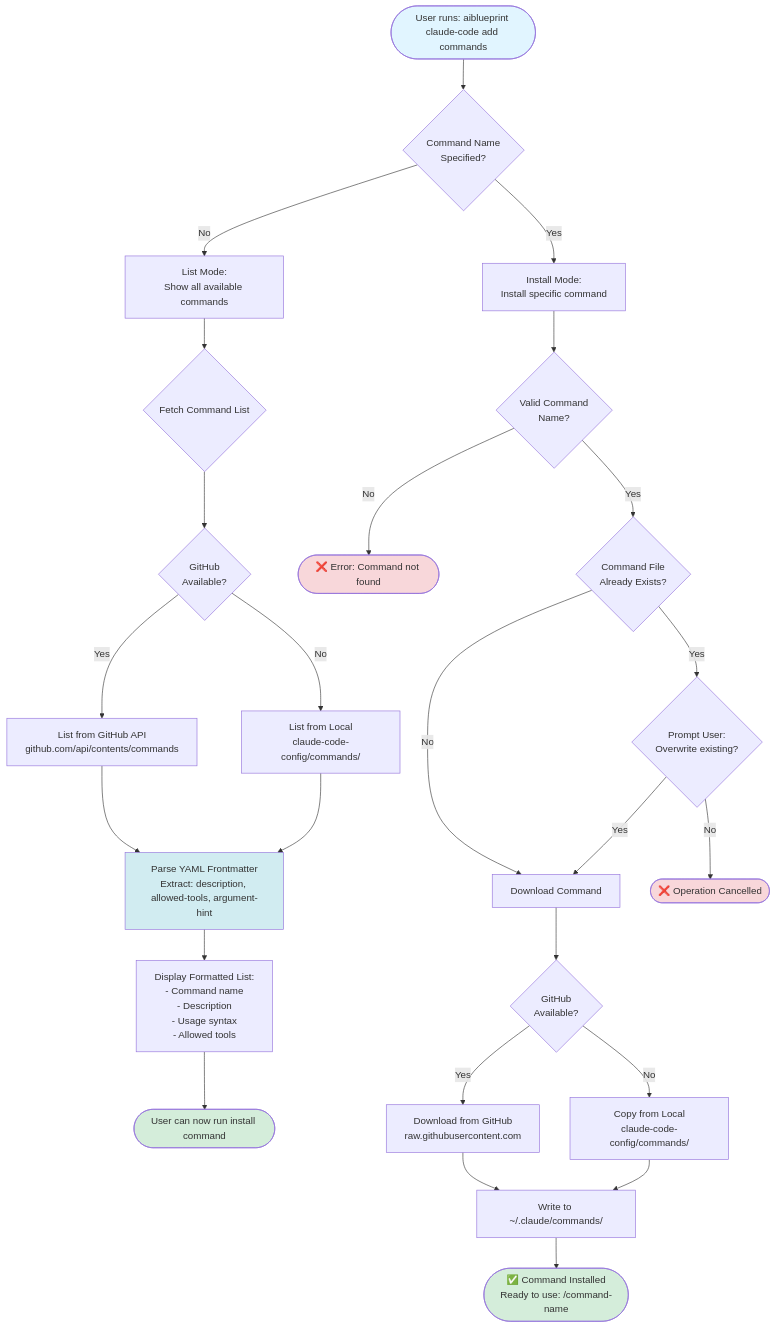
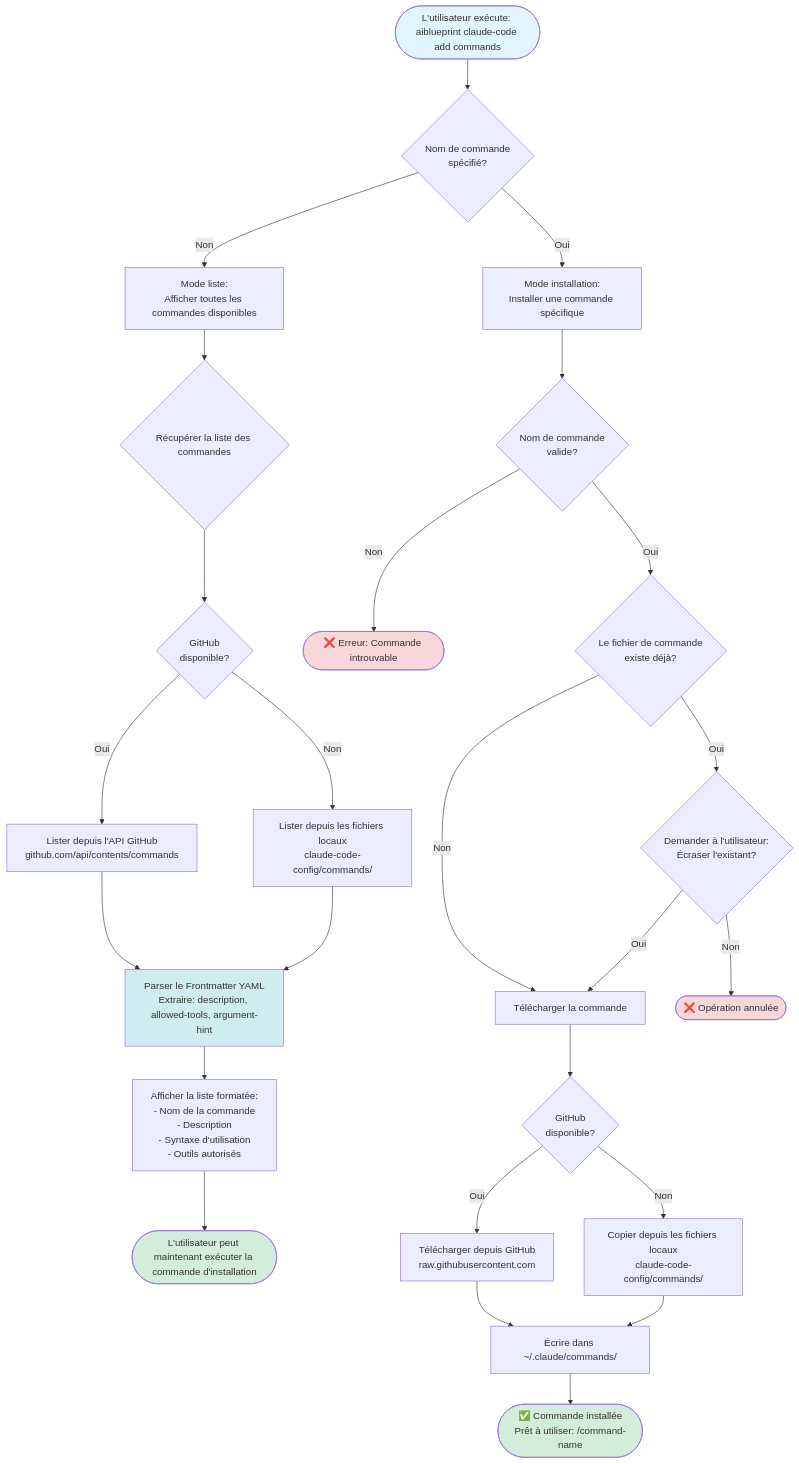
One commit to TCHINDAJOEL/aiblueprint_test changed the diagram in schema/03-add-command-workflow.md. Above: the diagram before and after it, drawn with Mermaid. The commit also changed other lines of this file and 10 other files, not shown here.

First line of the commit message:
docs: traduire tous les diagrammes de workflow en français

````diff
--- a/schema/03-add-command-workflow.md
+++ b/schema/03-add-command-workflow.md
@@ -5,49 +5,49 @@
 ```mermaid
 flowchart TD
-    Start([User runs: aiblueprint claude-code add commands]) --> HasArg{Command Name<br/>Specified?}
+    Start([L'utilisateur exécute: aiblueprint claude-code add commands]) --> HasArg{Nom de commande<br/>spécifié?}
 
-    HasArg -->|No| ListMode[List Mode:<br/>Show all available commands]
-    HasArg -->|Yes| InstallMode[Install Mode:<br/>Install specific command]
+    HasArg -->|Non| ListMode[Mode liste:<br/>Afficher toutes les commandes disponibles]
+    HasArg -->|Oui| InstallMode[Mode installation:<br/>Installer une commande spécifique]
 
-    ListMode --> FetchList{Fetch Command List}
+    ListMode --> FetchList{Récupérer la liste des commandes}
 
-    FetchList --> GHList{GitHub<br/>Available?}
+    FetchList --> GHList{GitHub<br/>disponible?}
 
-    GHList -->|Yes| ListGH[List from GitHub API<br/>github.com/api/contents/commands]
-    GHList -->|No| ListLocal[List from Local<br/>claude-code-config/commands/]
+    GHList -->|Oui| ListGH[Lister depuis l'API GitHub<br/>github.com/api/contents/commands]
+    GHList -->|Non| ListLocal[Lister depuis les fichiers locaux<br/>claude-code-config/commands/]
 
     ListGH --> ParseMetadata
     ListLocal --> ParseMetadata
 
-    ParseMetadata[Parse YAML Frontmatter<br/>Extract: description, allowed-tools, argument-hint] --> DisplayList[Display Formatted List:<br/>- Command name<br/>- Description<br/>- Usage syntax<br/>- Allowed tools]
+    ParseMetadata[Parser le Frontmatter YAML<br/>Extraire: description, allowed-tools, argument-hint] --> DisplayList[Afficher la liste formatée:<br/>- Nom de la commande<br/>- Description<br/>- Syntaxe d'utilisation<br/>- Outils autorisés]
 
-    DisplayList --> EndList([User can now run install command])
+    DisplayList --> EndList([L'utilisateur peut maintenant exécuter la commande d'installation])
 
-    InstallMode --> ValidateCmd{Valid Command<br/>Name?}
+    InstallMode --> ValidateCmd{Nom de commande<br/>valide?}
 
-    ValidateCmd -->|No| ErrorCmd([❌ Error: Command not found])
-    ValidateCmd -->|Yes| CheckExist{Command File<br/>Already Exists?}
+    ValidateCmd -->|Non| ErrorCmd([❌ Erreur: Commande introuvable])
+    ValidateCmd -->|Oui| CheckExist{Le fichier de commande<br/>existe déjà?}
 
-    CheckExist -->|Yes| PromptOverwrite{Prompt User:<br/>Overwrite existing?}
-    CheckExist -->|No| Download
+    CheckExist -->|Oui| PromptOverwrite{Demander à l'utilisateur:<br/>Écraser l'existant?}
+    CheckExist -->|Non| Download
 
-    PromptOverwrite -->|No| Cancel([❌ Operation Cancelled])
-    PromptOverwrite -->|Yes| Download
+    PromptOverwrite -->|Non| Cancel([❌ Opération annulée])
+    PromptOverwrite -->|Oui| Download
 
-    Download[Download Command] --> GHCheck{GitHub<br/>Available?}
+    Download[Télécharger la commande] --> GHCheck{GitHub<br/>disponible?}
 
-    GHCheck -->|Yes| DownloadGH[Download from GitHub<br/>raw.githubusercontent.com]
-    GHCheck -->|No| UseLocal[Copy from Local<br/>claude-code-config/commands/]
+    GHCheck -->|Oui| DownloadGH[Télécharger depuis GitHub<br/>raw.githubusercontent.com]
+    GHCheck -->|Non| UseLocal[Copier depuis les fichiers locaux<br/>claude-code-config/commands/]
 
-    DownloadGH --> WriteCmd[Write to ~/.claude/commands/]
+    DownloadGH --> WriteCmd[Écrire dans ~/.claude/commands/]
     UseLocal --> WriteCmd
 
-    WriteCmd --> Success([✅ Command Installed<br/>Ready to use: /command-name])
+    WriteCmd --> Success([✅ Commande installée<br/>Prêt à utiliser: /command-name])
 
     style Start fill:#e1f5ff
     style Success fill:#d4edda
     style EndList fill:#d4edda
     style ErrorCmd fill:#f8d7da
     style Cancel fill:#f8d7da
     style ParseMetadata fill:#d1ecf1
 ```
````
